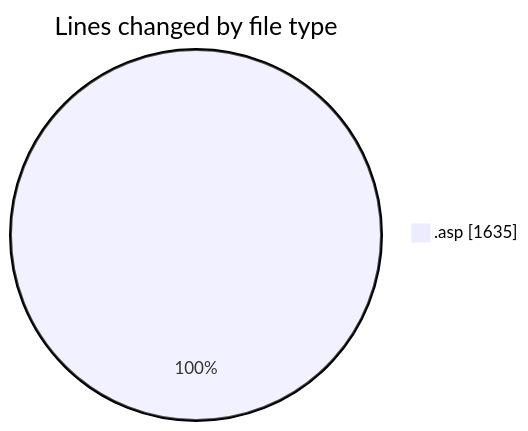
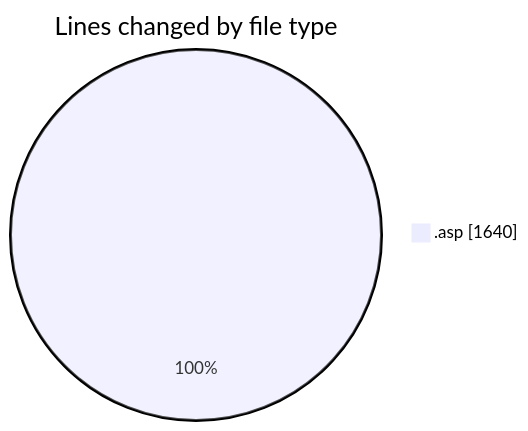
Before and after one commit to julien-gomy/code-tracking: the first of 2 diagrams in 2025-11-05/cdp_aleoudev_fr__workspace_/README.md, drawn with Mermaid. The commit also changed other lines of this file and 1 other file, not shown here.

````diff
--- a/2025-11-05/cdp_aleoudev_fr__workspace_/README.md
+++ b/2025-11-05/cdp_aleoudev_fr__workspace_/README.md
@@ -21,5 +21,5 @@
 ```mermaid
 pie showData
 title Lines changed by file type
-".asp" : 1635
+".asp" : 1640
 ```
````
